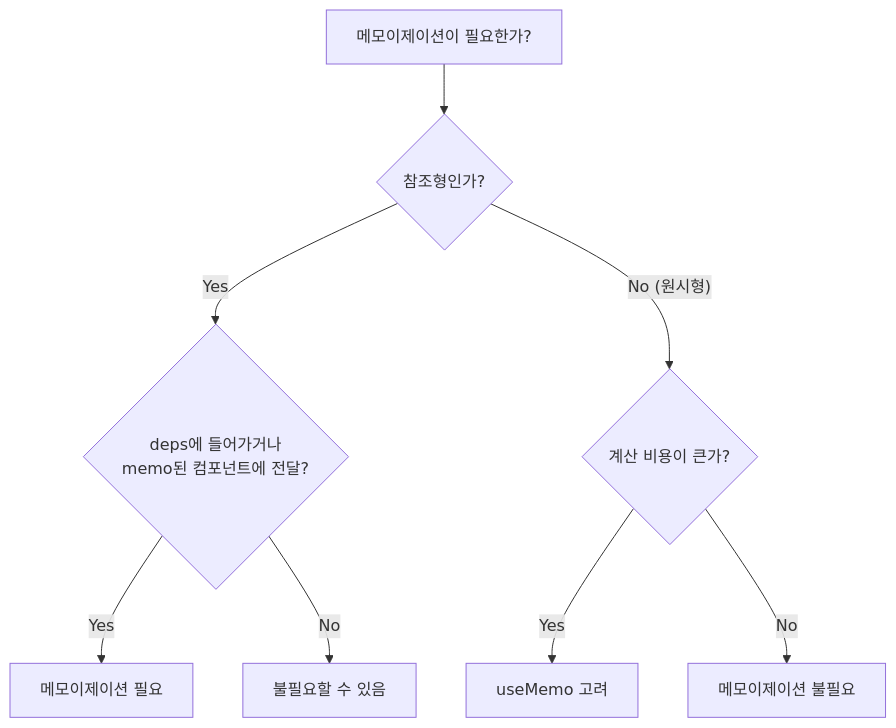
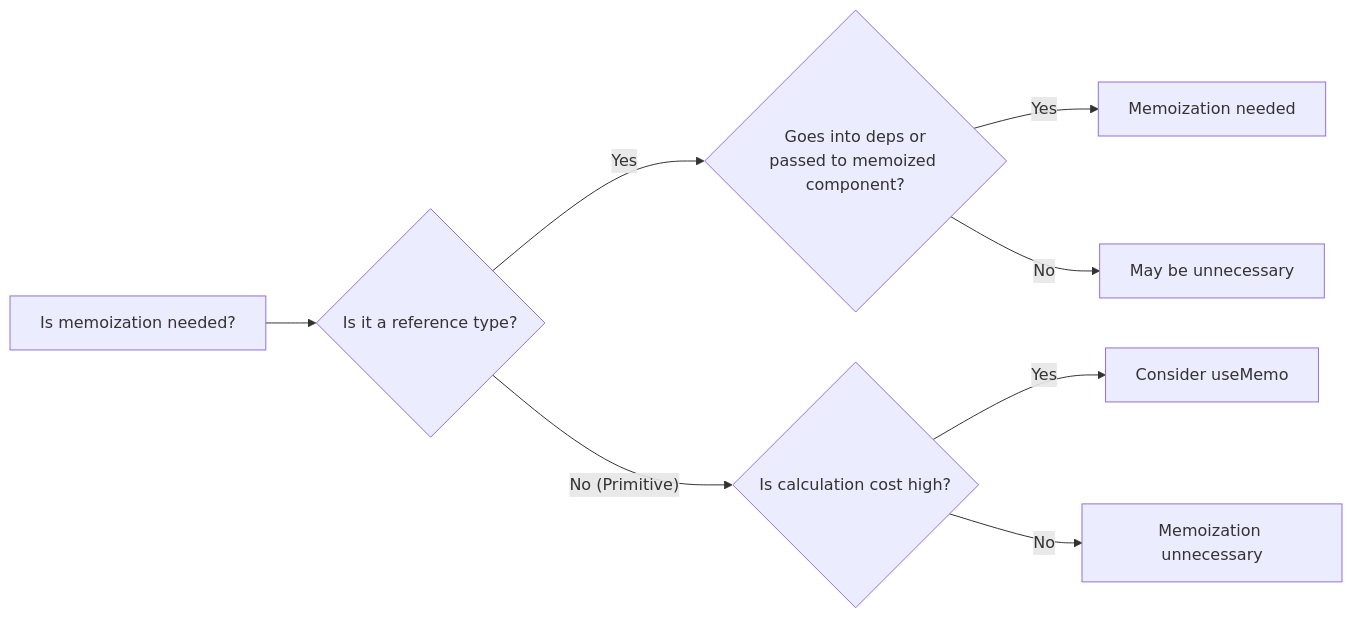
One commit to codefug/codefug.github.io changed diagram 19 of 19 in markdown/2026-01-18/en/content.mdx. Above: the diagram before and after it, drawn with Mermaid. The commit also changed other lines of this file and 1 other file, not shown here.

````diff
--- a/markdown/2026-01-18/en/content.mdx
+++ b/markdown/2026-01-18/en/content.mdx
@@ -931,10 +1347,10 @@
 ```mermaid
-flowchart TD
-    A["메모이제이션이 필요한가?"] --> B{"참조형인가?"}
-    B -->|"Yes"| C{"deps에 들어가거나<br/>memo된 컴포넌트에 전달?"}
-    C -->|"Yes"| D["메모이제이션 필요"]
-    C -->|"No"| E["불필요할 수 있음"]
-    B -->|"No (원시형)"| F{"계산 비용이 큰가?"}
-    F -->|"Yes"| G["useMemo 고려"]
-    F -->|"No"| H["메모이제이션 불필요"]
+flowchart LR
+    A["Is memoization needed?"] --> B{"Is it a reference type?"}
+    B -->|"Yes"| C{"Goes into deps or<br/>passed to memoized component?"}
+    C -->|"Yes"| D["Memoization needed"]
+    C -->|"No"| E["May be unnecessary"]
+    B -->|"No (Primitive)"| F{"Is calculation cost high?"}
+    F -->|"Yes"| G["Consider useMemo"]
+    F -->|"No"| H["Memoization unnecessary"]
 ```
````
